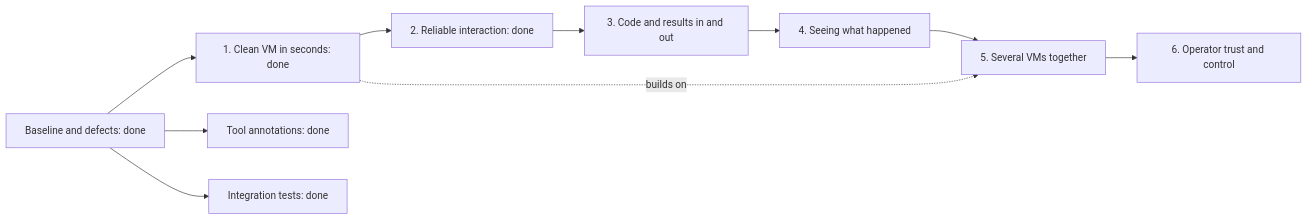
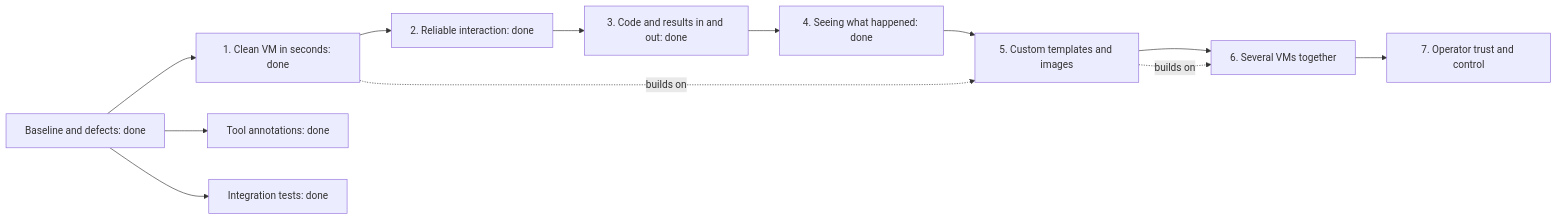
The diagram in docs/plans/fork-roadmap.md (jonatsu/virt-manager-mcp), drawn with Mermaid before and after one commit. The commit also changed other lines of this file and 2 other files, not shown here.

First line of the commit message:
docs(plans): design custom templates and images, and record the new VM needs

````diff
--- a/docs/plans/fork-roadmap.md
+++ b/docs/plans/fork-roadmap.md
@@ -14,12 +14,14 @@
 ```mermaid
 flowchart LR
   B[Baseline and defects: done] --> O1[1. Clean VM in seconds: done]
   O1 --> O2[2. Reliable interaction: done]
-  O2 --> O3[3. Code and results in and out]
-  O3 --> O4[4. Seeing what happened]
-  O4 --> O5[5. Several VMs together]
-  O5 --> O6[6. Operator trust and control]
+  O2 --> O3[3. Code and results in and out: done]
+  O3 --> O4[4. Seeing what happened: done]
+  O4 --> O5[5. Custom templates and images]
+  O5 --> O6[6. Several VMs together]
+  O6 --> O7[7. Operator trust and control]
   O1 -. builds on .-> O5
+  O5 -. builds on .-> O6
   B --> A[Tool annotations: done]
   B --> IT[Integration tests: done]
 ```
````
